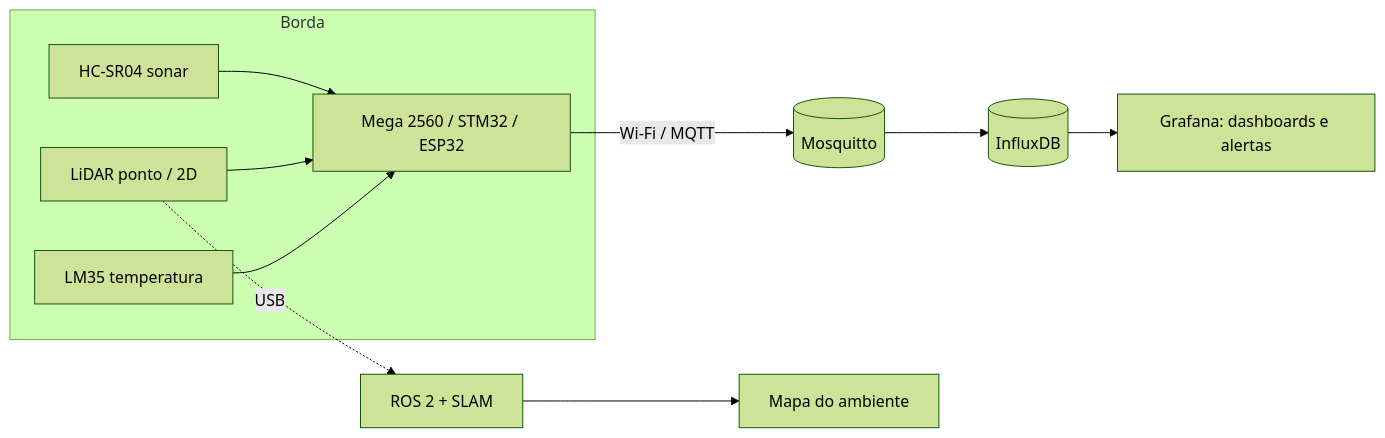
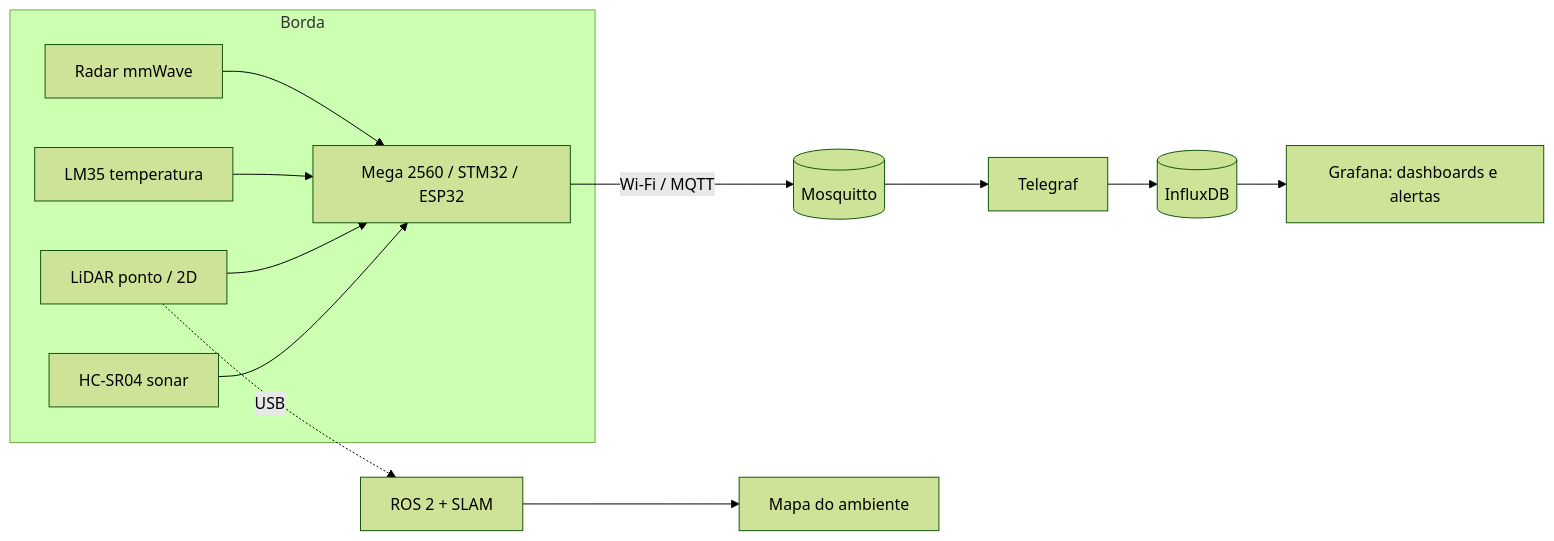
The diagram in README.md (itamarsb/lidar-sonar-lab), drawn with Mermaid (forest theme) before and after one commit. The commit also changed other lines of this file, not shown here.

First line of the commit message:
Enhance README with radar details and lab updates

````diff
--- a/README.md
+++ b/README.md
@@ -21,12 +23,14 @@
 ```mermaid
 flowchart LR
   subgraph Borda
     S1[HC-SR04 sonar] --> MCU[Mega 2560 / STM32 / ESP32]
     S2[LiDAR ponto / 2D] --> MCU
     T[LM35 temperatura] --> MCU
+    R1[Radar mmWave] --> MCU
   end
   MCU -- Wi-Fi / MQTT --> B[(Mosquitto)]
-  B --> DB[(InfluxDB)]
+  B --> TG[Telegraf]
+  TG --> DB[(InfluxDB)]
   DB --> G[Grafana: dashboards e alertas]
   S2 -. USB .-> R[ROS 2 + SLAM] --> M[Mapa do ambiente]
 ```
````
